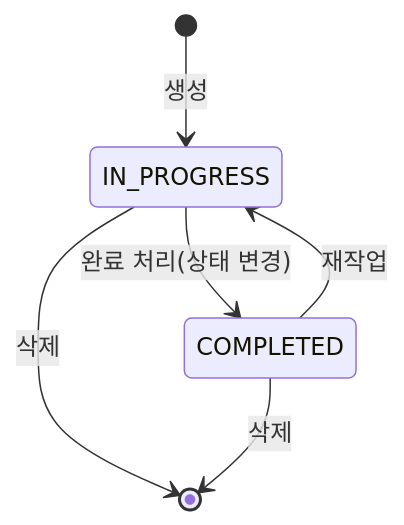
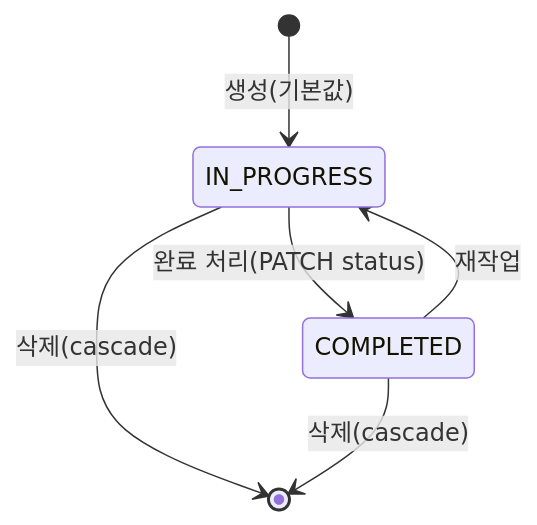
One commit to DraWeTeam/drawe changed the fourth of 7 diagrams in docs/SDS/stateMachineDiagram.md. Above: the diagram before and after it, drawn with Mermaid. The commit also changed other lines of this file, not shown here.

First line of the commit message:
docs(sds): 상태 머신 다이어그램 보강

````diff
--- a/docs/SDS/stateMachineDiagram.md
+++ b/docs/SDS/stateMachineDiagram.md
@@ -45,8 +104,8 @@
 ```mermaid
 stateDiagram-v2
-    [*] --> IN_PROGRESS : 생성
-    IN_PROGRESS --> COMPLETED : 완료 처리(상태 변경)
+    [*] --> IN_PROGRESS : 생성(기본값)
+    IN_PROGRESS --> COMPLETED : 완료 처리(PATCH status)
     COMPLETED --> IN_PROGRESS : 재작업
-    IN_PROGRESS --> [*] : 삭제
-    COMPLETED --> [*] : 삭제
+    IN_PROGRESS --> [*] : 삭제(cascade)
+    COMPLETED --> [*] : 삭제(cascade)
 ```
````
